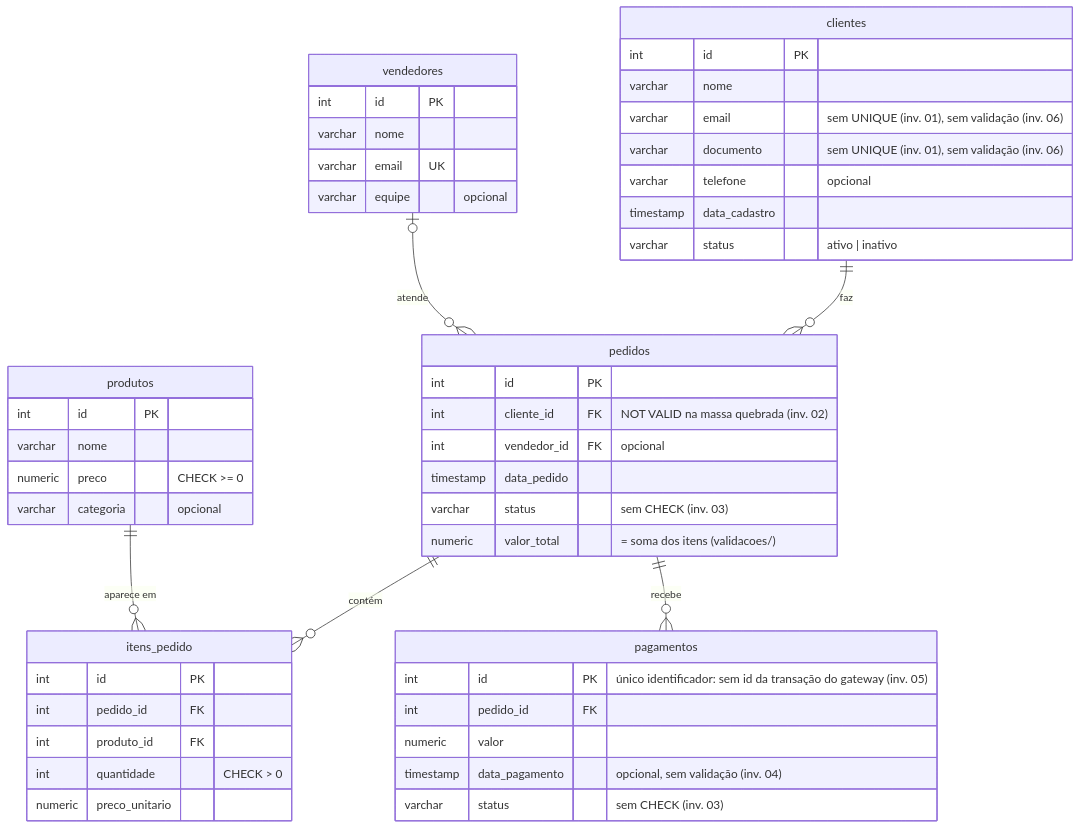
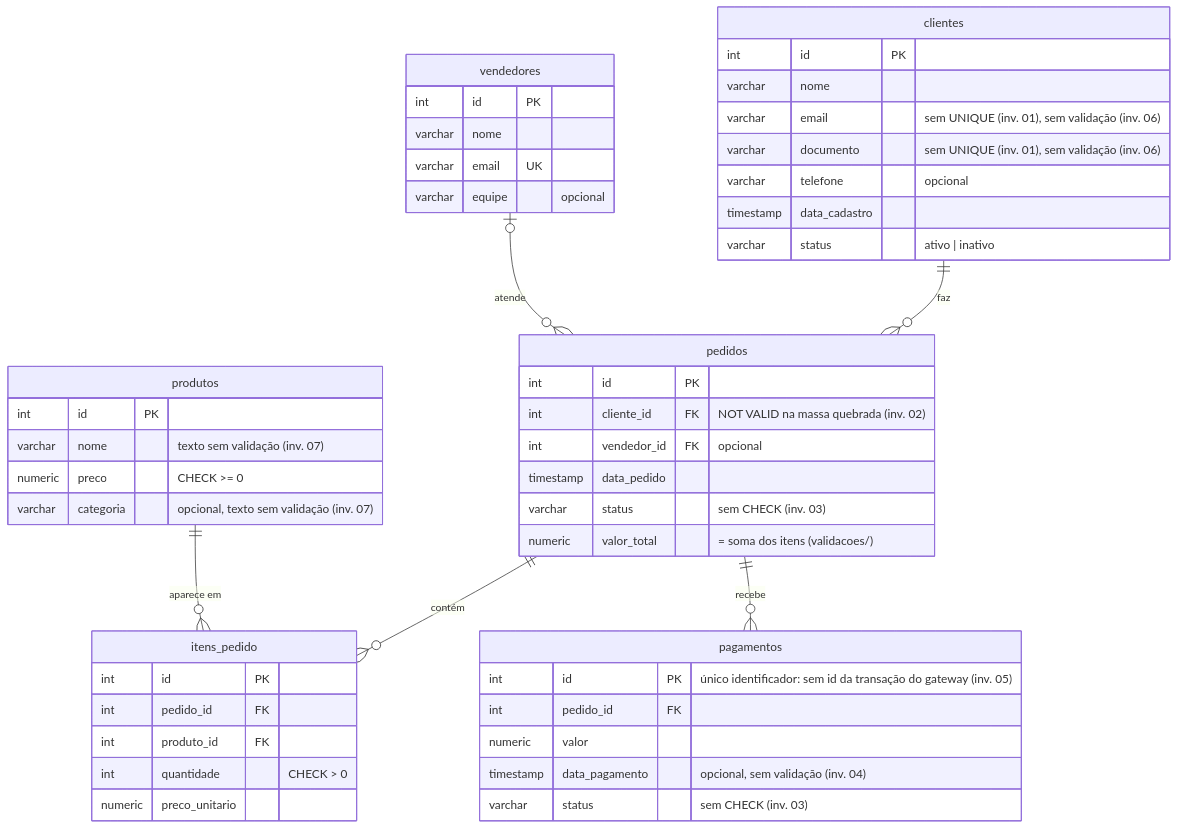
Before and after one commit to ThomasTDS/sql-defect-investigation: the diagram in README.md, drawn with Mermaid. The commit also changed other lines of this file and 9 other files, not shown here.

````diff
--- a/README.md
+++ b/README.md
@@ -25,57 +25,57 @@
 ```mermaid
 erDiagram
     clientes ||--o{ pedidos : "faz"
     vendedores |o--o{ pedidos : "atende"
     pedidos ||--o{ itens_pedido : "contém"
     produtos ||--o{ itens_pedido : "aparece em"
     pedidos ||--o{ pagamentos : "recebe"
 
     clientes {
         int id PK
         varchar nome
         varchar email "sem UNIQUE (inv. 01), sem validação (inv. 06)"
         varchar documento "sem UNIQUE (inv. 01), sem validação (inv. 06)"
         varchar telefone "opcional"
         timestamp data_cadastro
         varchar status "ativo | inativo"
     }
 
     vendedores {
         int id PK
         varchar nome
         varchar email UK
         varchar equipe "opcional"
     }
 
     produtos {
         int id PK
-        varchar nome
+        varchar nome "texto sem validação (inv. 07)"
         numeric preco "CHECK >= 0"
-        varchar categoria "opcional"
+        varchar categoria "opcional, texto sem validação (inv. 07)"
     }
 
     pedidos {
         int id PK
         int cliente_id FK "NOT VALID na massa quebrada (inv. 02)"
         int vendedor_id FK "opcional"
         timestamp data_pedido
         varchar status "sem CHECK (inv. 03)"
         numeric valor_total "= soma dos itens (validacoes/)"
     }
 
     itens_pedido {
         int id PK
         int pedido_id FK
         int produto_id FK
         int quantidade "CHECK > 0"
         numeric preco_unitario
     }
 
     pagamentos {
         int id PK "único identificador: sem id da transação do gateway (inv. 05)"
         int pedido_id FK
         numeric valor
         timestamp data_pagamento "opcional, sem validação (inv. 04)"
         varchar status "sem CHECK (inv. 03)"
     }
 ```
````
